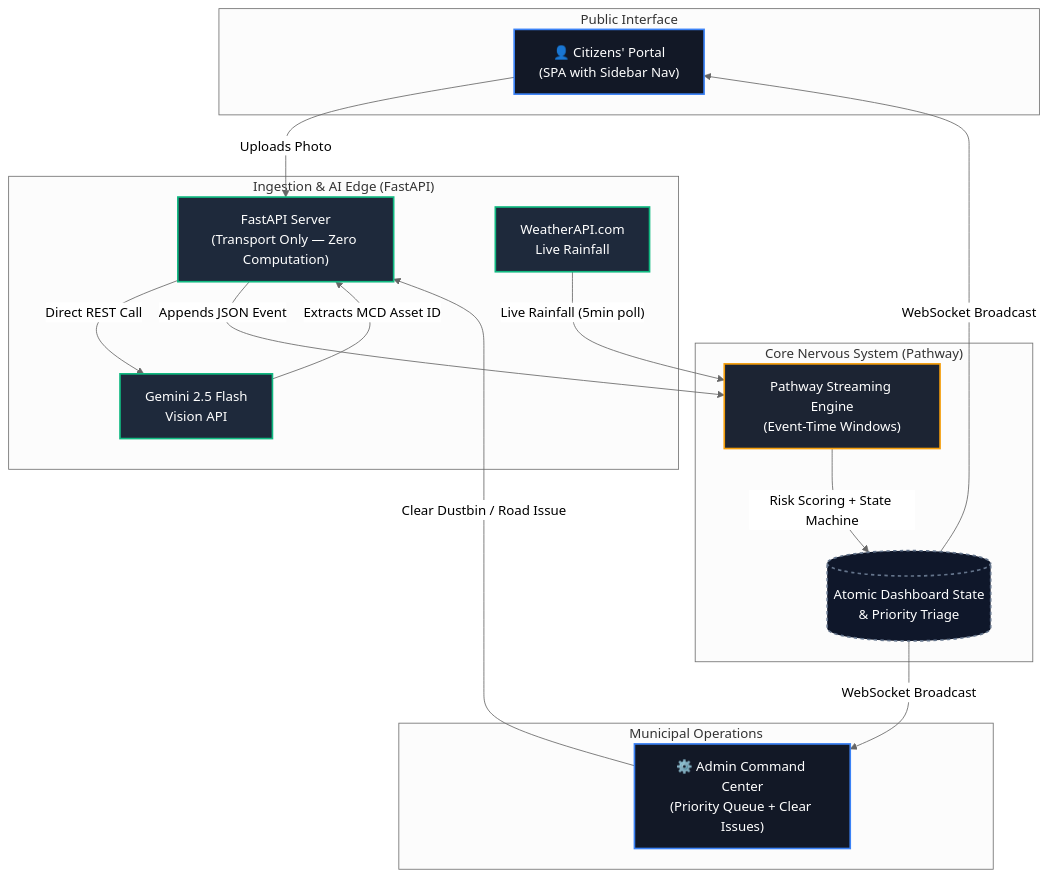
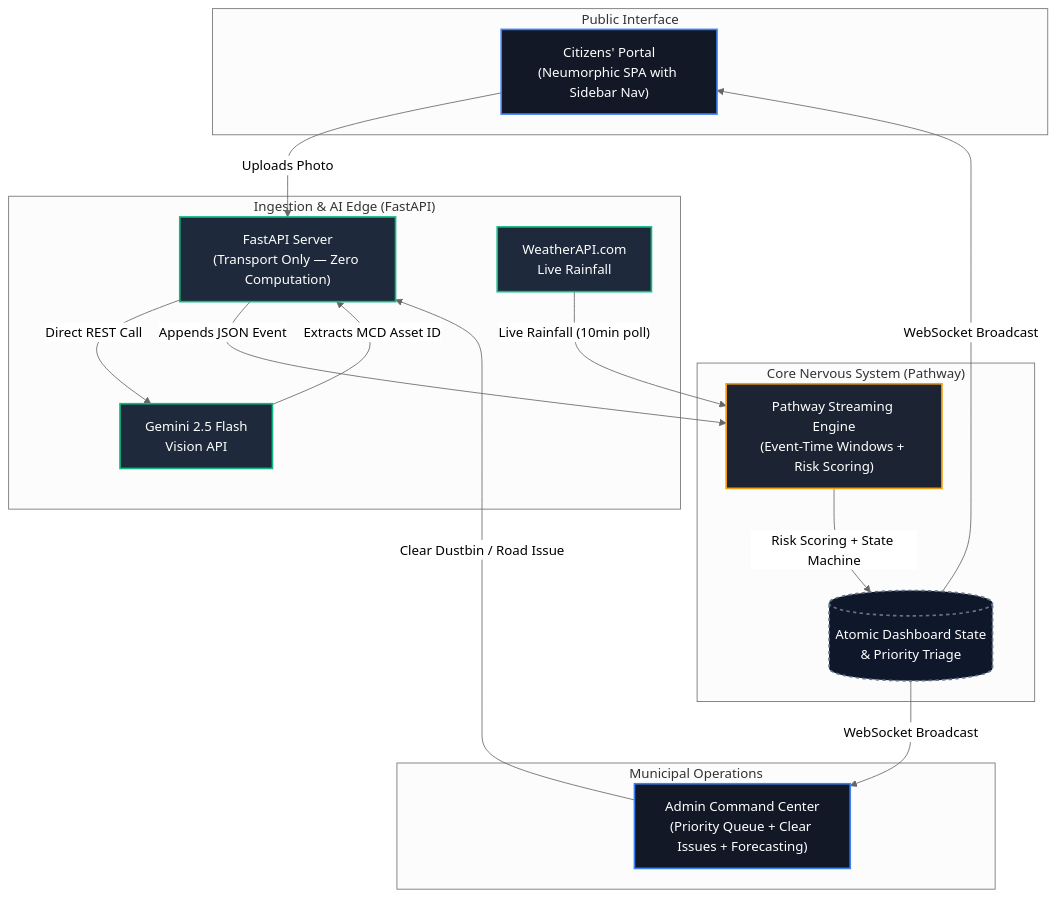
The first of 3 diagrams in README.md (gintama1018/HACK-FOR-GREEN-BHARAT-HACKATHON), drawn with Mermaid (neutral theme) before and after one commit. The commit also changed other lines of this file and 2 other files, not shown here.

Commit message:
docs: update README with origin story, risk scoring, research foundation & add project documentation PDF

````diff
--- a/README.md
+++ b/README.md
@@ -81,39 +115,39 @@
 ```mermaid
 graph TD
     classDef portal fill:#121826,stroke:#3B82F6,stroke-width:2px,color:#fff
     classDef ai fill:#1E293B,stroke:#10B981,stroke-width:2px,color:#fff
     classDef engine fill:#1C2433,stroke:#F59E0B,stroke-width:2px,color:#fff
     classDef state fill:#0F172A,stroke:#64748B,stroke-width:2px,stroke-dasharray: 4 4,color:#fff
 
     subgraph "Public Interface"
-        citizen["👤 Citizens' Portal<br>(SPA with Sidebar Nav)"]:::portal
+        citizen["Citizens' Portal<br>(Neumorphic SPA with Sidebar Nav)"]:::portal
     end
 
     subgraph "Municipal Operations"
-        admin["⚙️ Admin Command Center<br>(Priority Queue + Clear Issues)"]:::portal
+        admin["Admin Command Center<br>(Priority Queue + Clear Issues + Forecasting)"]:::portal
     end
 
     subgraph "Ingestion & AI Edge (FastAPI)"
         api["FastAPI Server<br>(Transport Only — Zero Computation)"]:::ai
         gemini["Gemini 2.5 Flash<br>Vision API"]:::ai
         weather["WeatherAPI.com<br>Live Rainfall"]:::ai
     end
 
     subgraph "Core Nervous System (Pathway)"
-        pathway["Pathway Streaming Engine<br>(Event-Time Windows)"]:::engine
+        pathway["Pathway Streaming Engine<br>(Event-Time Windows + Risk Scoring)"]:::engine
         state_db[("Atomic Dashboard State<br>& Priority Triage")]:::state
     end
 
     citizen --"Uploads Photo"--> api
     api --"Direct REST Call"--> gemini
     gemini --"Extracts MCD Asset ID"--> api
     api --"Appends JSON Event"--> pathway
 
-    weather --"Live Rainfall (5min poll)"--> pathway
+    weather --"Live Rainfall (10min poll)"--> pathway
 
     pathway --"Risk Scoring + State Machine"--> state_db
     state_db --"WebSocket Broadcast"--> admin
     state_db --"WebSocket Broadcast"--> citizen
 
     admin --"Clear Dustbin / Road Issue"--> api
 ```
````
